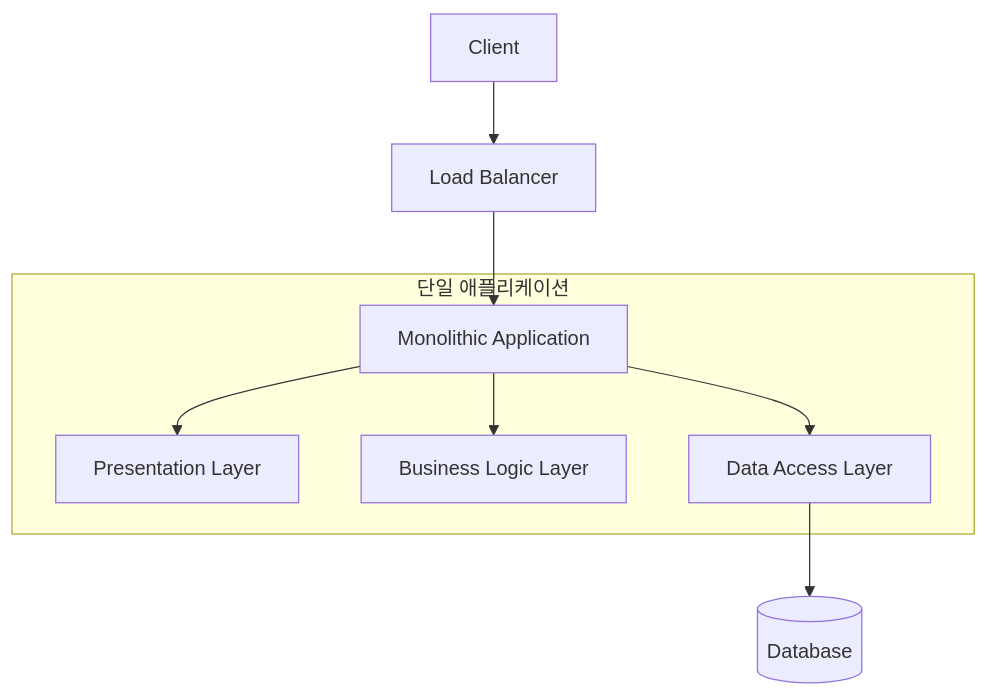
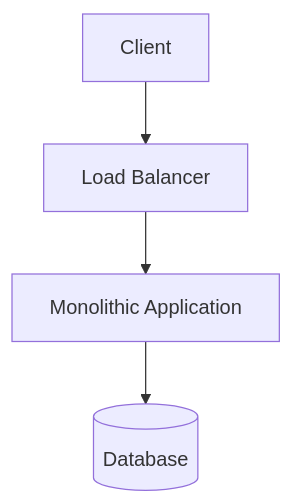
The third of 7 diagrams in README.md (CodeLab-1325/Architecture), drawn with Mermaid before and after one commit. The commit also changed other lines of this file, not shown here.

````diff
--- a/README.md
+++ b/README.md
@@ -17,13 +75,6 @@
 ```mermaid
 graph TD
     Client[Client] --> LB[Load Balancer]
     LB --> App[Monolithic Application]
-    
-    subgraph Monolith [단일 애플리케이션]
-        App --> UI[Presentation Layer]
-        App --> Biz[Business Logic Layer]
-        App --> Data[Data Access Layer]
-    end
-    
-    Data --> DB[(Database)]
+    App --> DB[(Database)]
 ```
````
